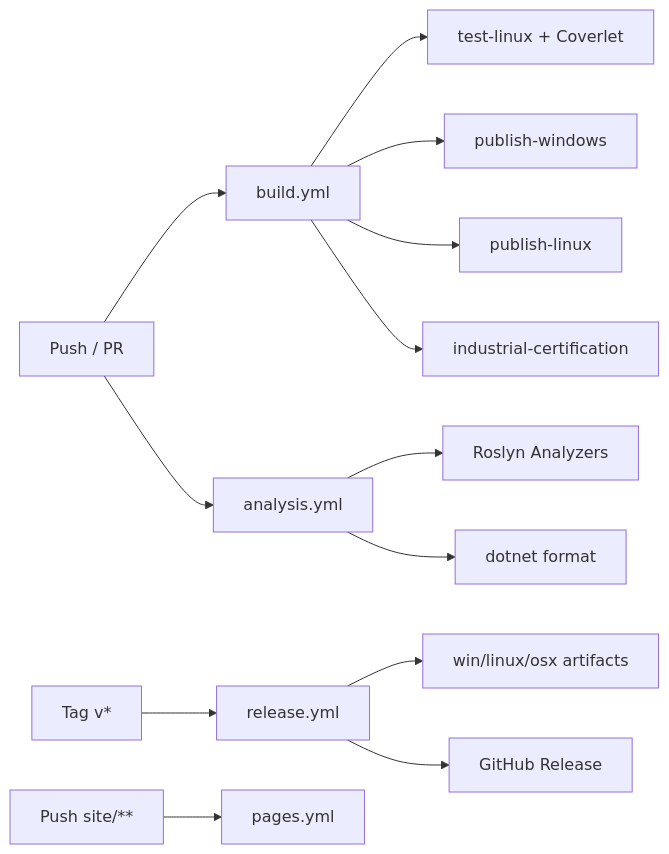
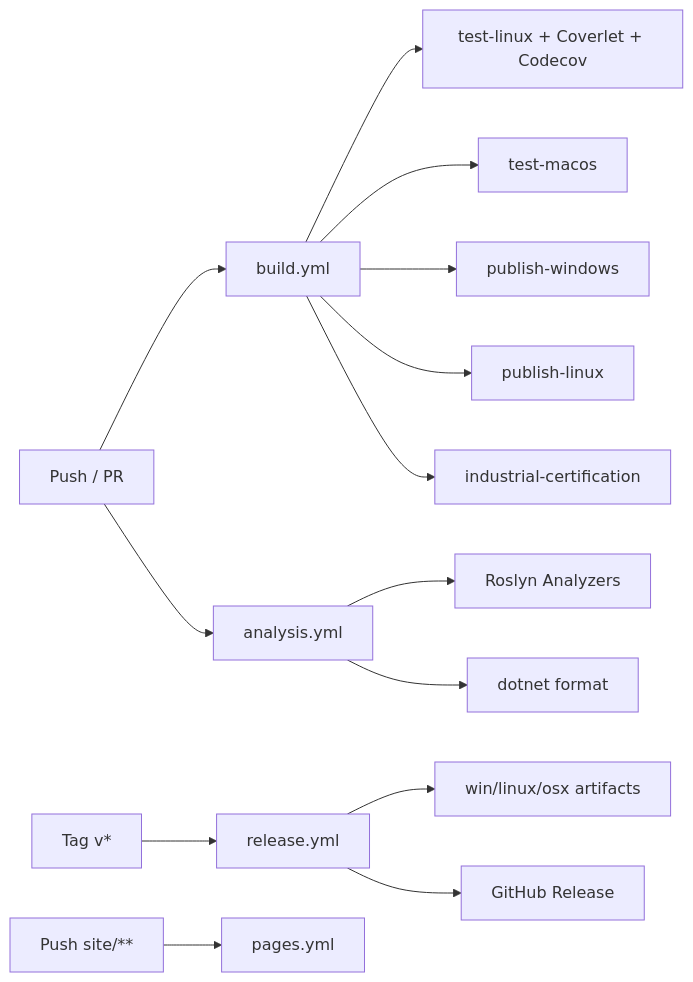
The sixth of 6 diagrams in docs/ARCHITECTURE.md (QuantumHacker10/Synapse), drawn with Mermaid before and after one commit. The commit also changed other lines of this file and 47 other files, not shown here.

````diff
--- a/docs/ARCHITECTURE.md
+++ b/docs/ARCHITECTURE.md
@@ -192,18 +192,19 @@
 ```mermaid
 flowchart LR
     Push[Push / PR] --> Build[build.yml]
     Push --> Analysis[analysis.yml]
     Tag[Tag v*] --> Release[release.yml]
     Site[Push site/**] --> Pages[pages.yml]
 
-    Build --> TestLinux[test-linux + Coverlet]
+    Build --> TestLinux[test-linux + Coverlet + Codecov]
+    Build --> TestMacOS[test-macos]
     Build --> PubWin[publish-windows]
     Build --> PubLinux[publish-linux]
     Build --> Cert[industrial-certification]
 
     Analysis --> Analyzers[Roslyn Analyzers]
     Analysis --> Format[dotnet format]
 
     Release --> Matrix[win/linux/osx artifacts]
     Release --> GHRelease[GitHub Release]
 ```
````
